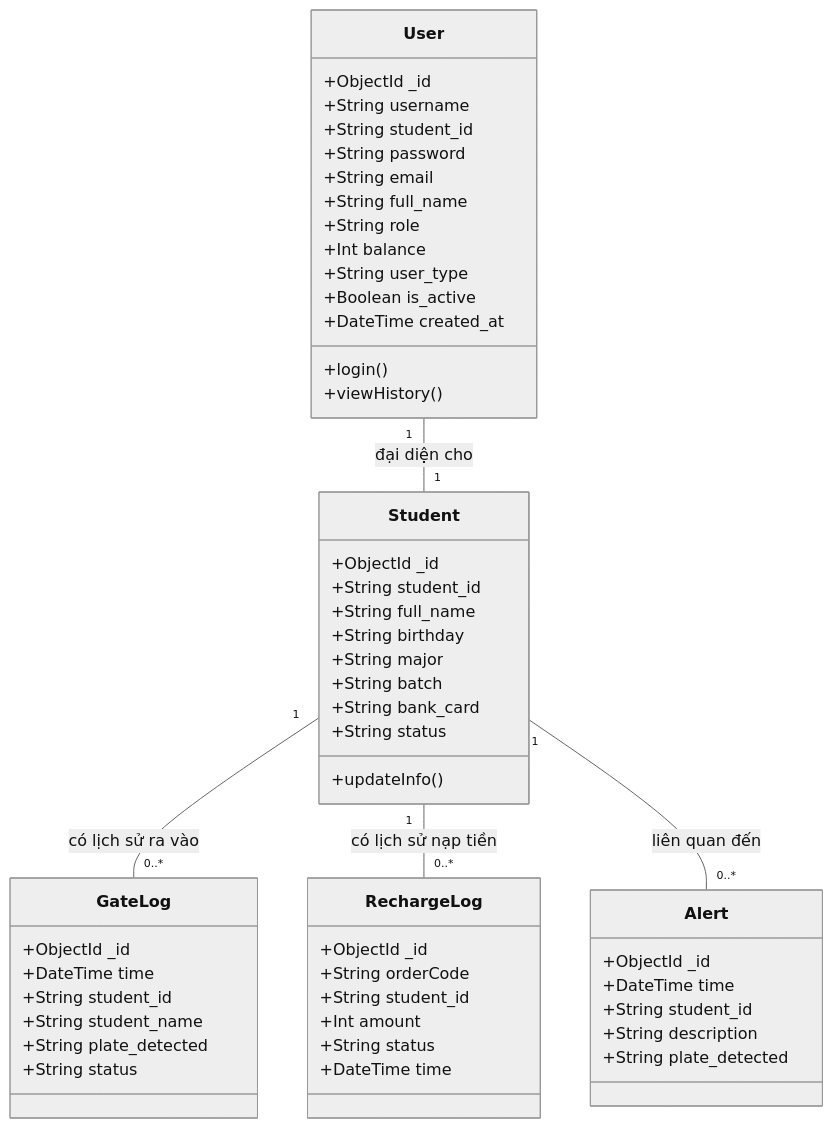
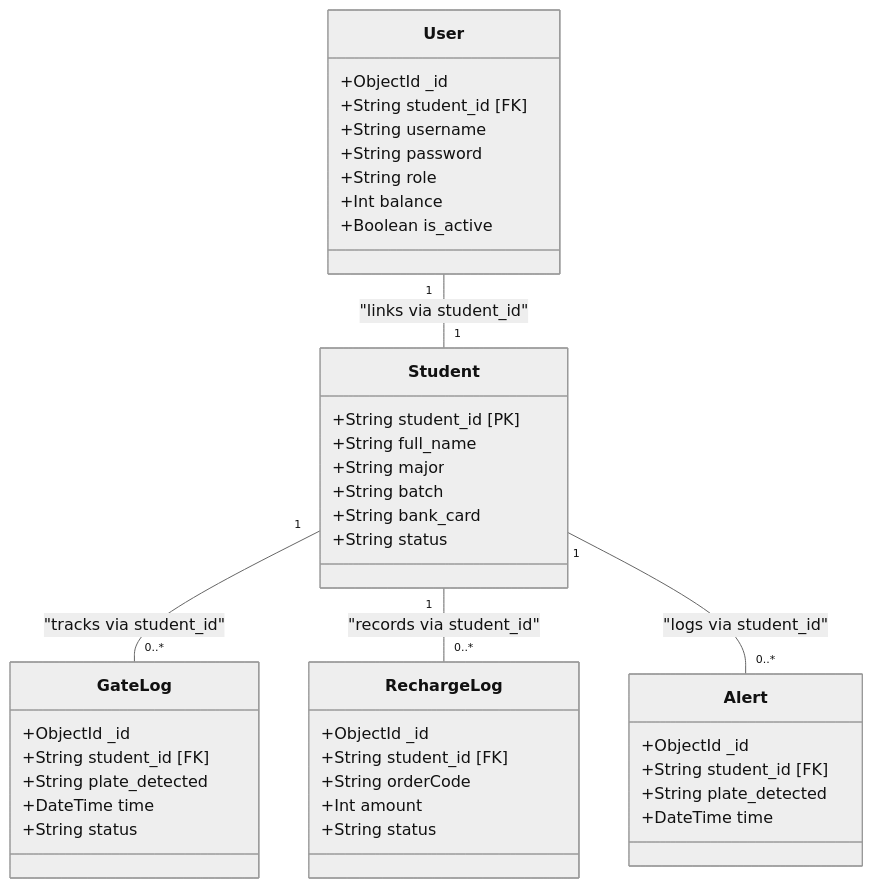
Before and after one commit to Duckkeip/TTTNDKT: the second of 2 diagrams in README.md, drawn with Mermaid (neutral theme).

````diff
--- a/README.md
+++ b/README.md
@@ -78,61 +78,50 @@
 ```mermaid
 classDiagram
     class User {
         +ObjectId _id
+        +String student_id [FK]
         +String username
-        +String student_id
         +String password
-        +String email
-        +String full_name
         +String role
         +Int balance
-        +String user_type
         +Boolean is_active
-        +DateTime created_at
-        +login()
-        +viewHistory()
     }
 
     class Student {
-        +ObjectId _id
-        +String student_id
+        +String student_id [PK]
         +String full_name
-        +String birthday
         +String major
         +String batch
         +String bank_card
         +String status
-        +updateInfo()
     }
 
     class GateLog {
         +ObjectId _id
+        +String student_id [FK]
+        +String plate_detected
         +DateTime time
-        +String student_id
-        +String student_name
-        +String plate_detected
         +String status
     }
 
     class RechargeLog {
         +ObjectId _id
+        +String student_id [FK]
         +String orderCode
-        +String student_id
         +Int amount
         +String status
-        +DateTime time
     }
 
     class Alert {
         +ObjectId _id
+        +String student_id [FK]
+        +String plate_detected
         +DateTime time
-        +String student_id
-        +String description
-        +String plate_detected
     }
 
-    User "1" -- "1" Student : đại diện cho
-    Student "1" -- "0..*" GateLog : có lịch sử ra vào
-    Student "1" -- "0..*" RechargeLog : có lịch sử nạp tiền
-    Student "1" -- "0..*" Alert : liên quan đến
+    %% Relationships with link keys
+    User "1" -- "1" Student : "links via student_id"
+    Student "1" -- "0..*" GateLog : "tracks via student_id"
+    Student "1" -- "0..*" RechargeLog : "records via student_id"
+    Student "1" -- "0..*" Alert : "logs via student_id"
 ```
````
